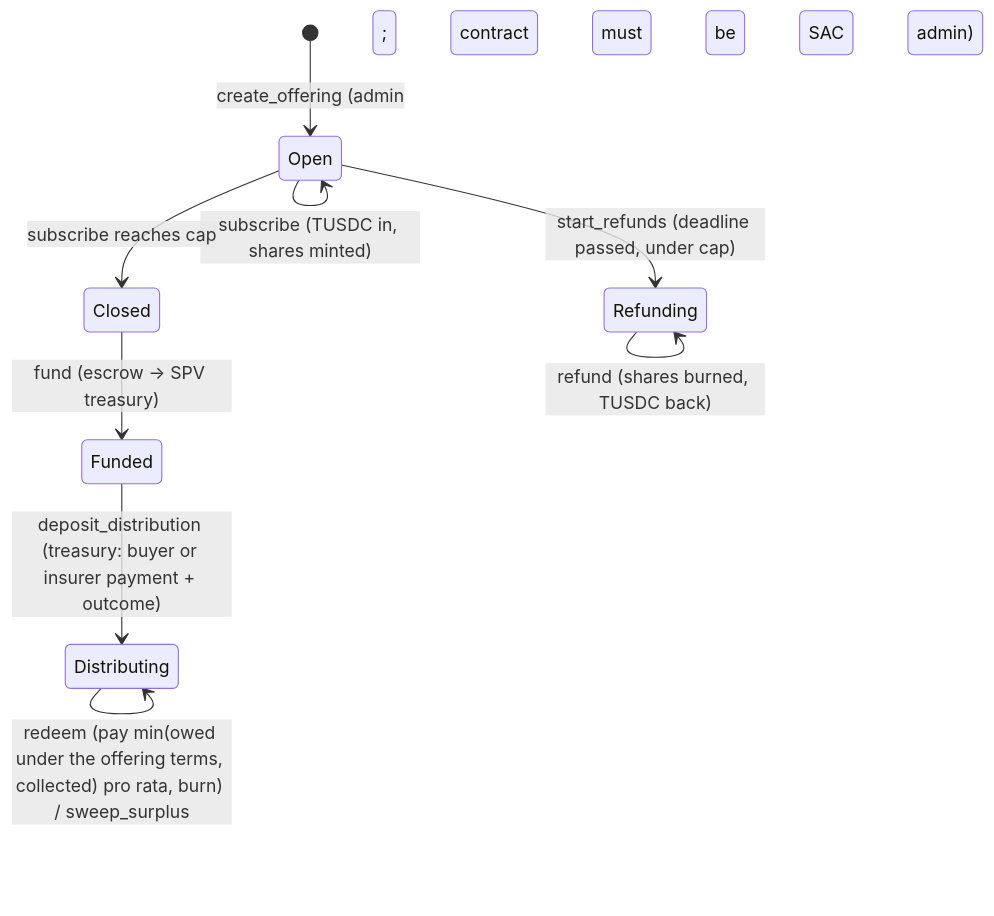
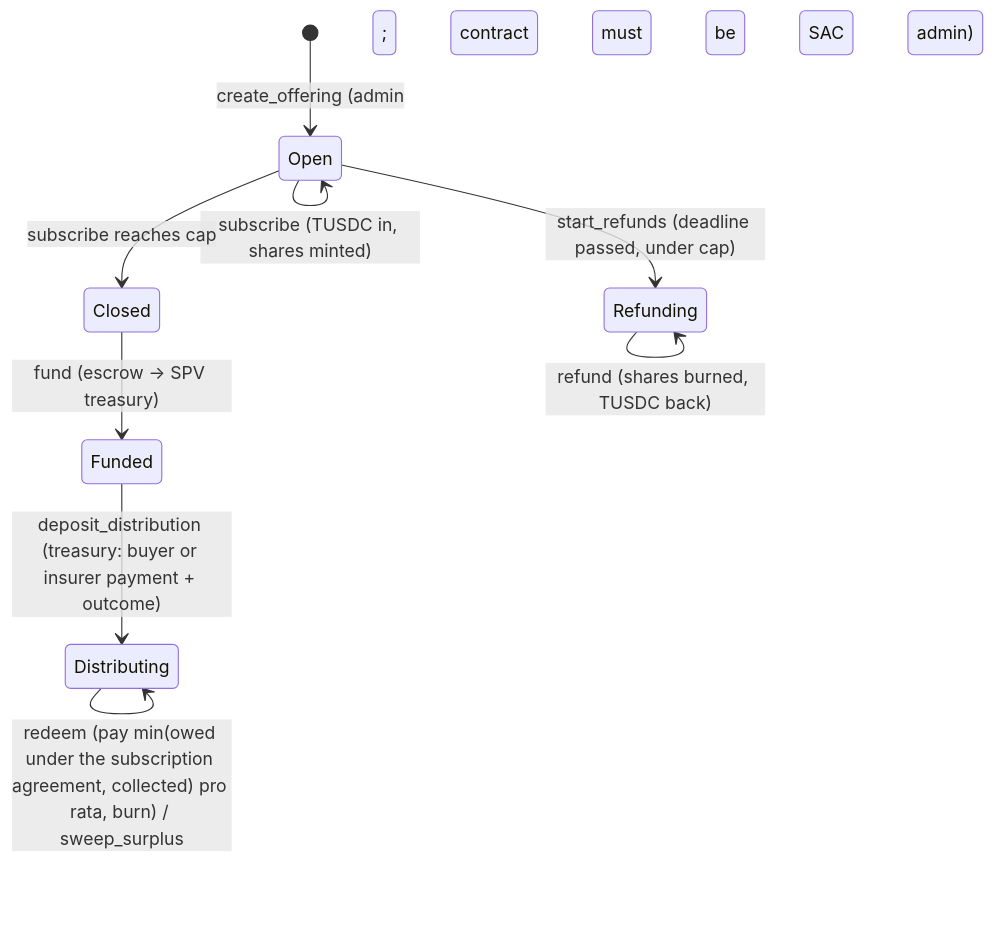
The second of 2 diagrams in docs/architecture.md (AgroSmart-Contracts/Proof-Of-Trading), drawn with Mermaid before and after one commit. The commit also changed 7 other files, not shown here.

Commit message:
wording: investor amount fixed in the subscription agreement in scripts, contract docs and stellar.toml; v0.2 prototype label

````diff
--- a/docs/architecture.md
+++ b/docs/architecture.md
@@ -99,11 +99,11 @@
 ```mermaid
 stateDiagram-v2
   [*] --> Open: create_offering (admin; contract must be SAC admin)
   Open --> Open: subscribe (TUSDC in, shares minted)
   Open --> Closed: subscribe reaches cap
   Open --> Refunding: start_refunds (deadline passed, under cap)
   Refunding --> Refunding: refund (shares burned, TUSDC back)
   Closed --> Funded: fund (escrow → SPV treasury)
   Funded --> Distributing: deposit_distribution (treasury: buyer or insurer payment + outcome)
-  Distributing --> Distributing: redeem (pay min(owed under the offering terms, collected) pro rata, burn) / sweep_surplus
+  Distributing --> Distributing: redeem (pay min(owed under the subscription agreement, collected) pro rata, burn) / sweep_surplus
 ```
````
